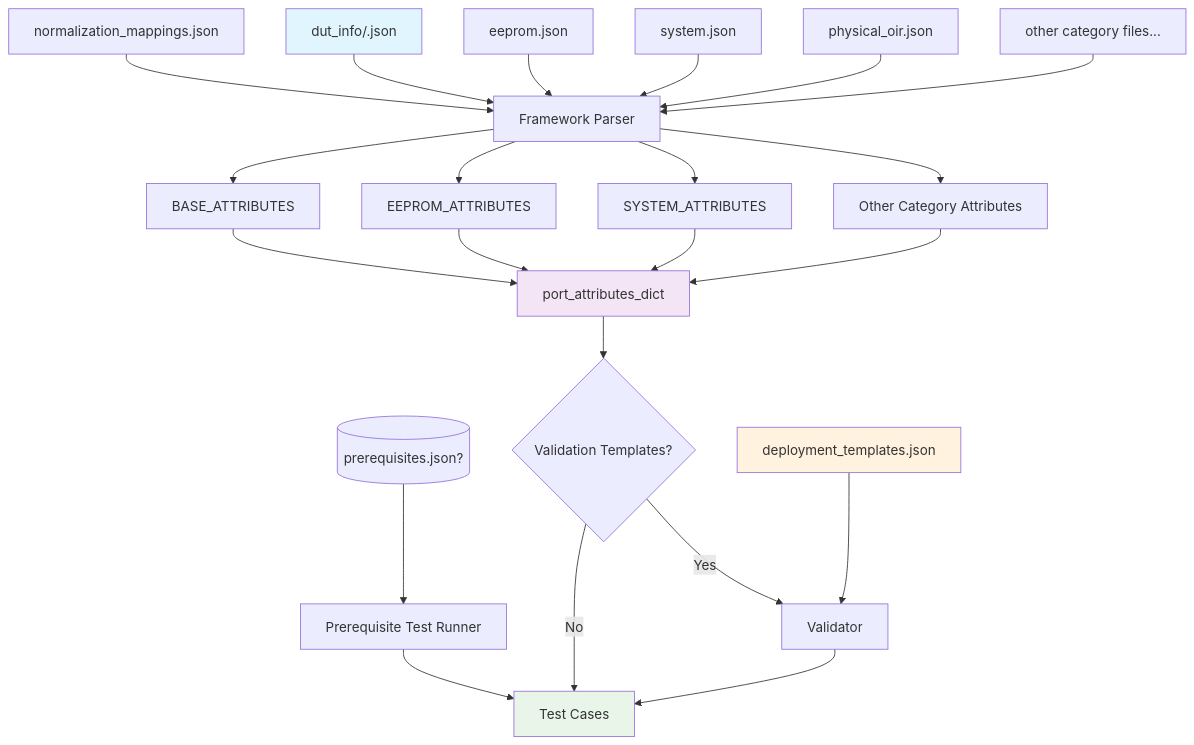
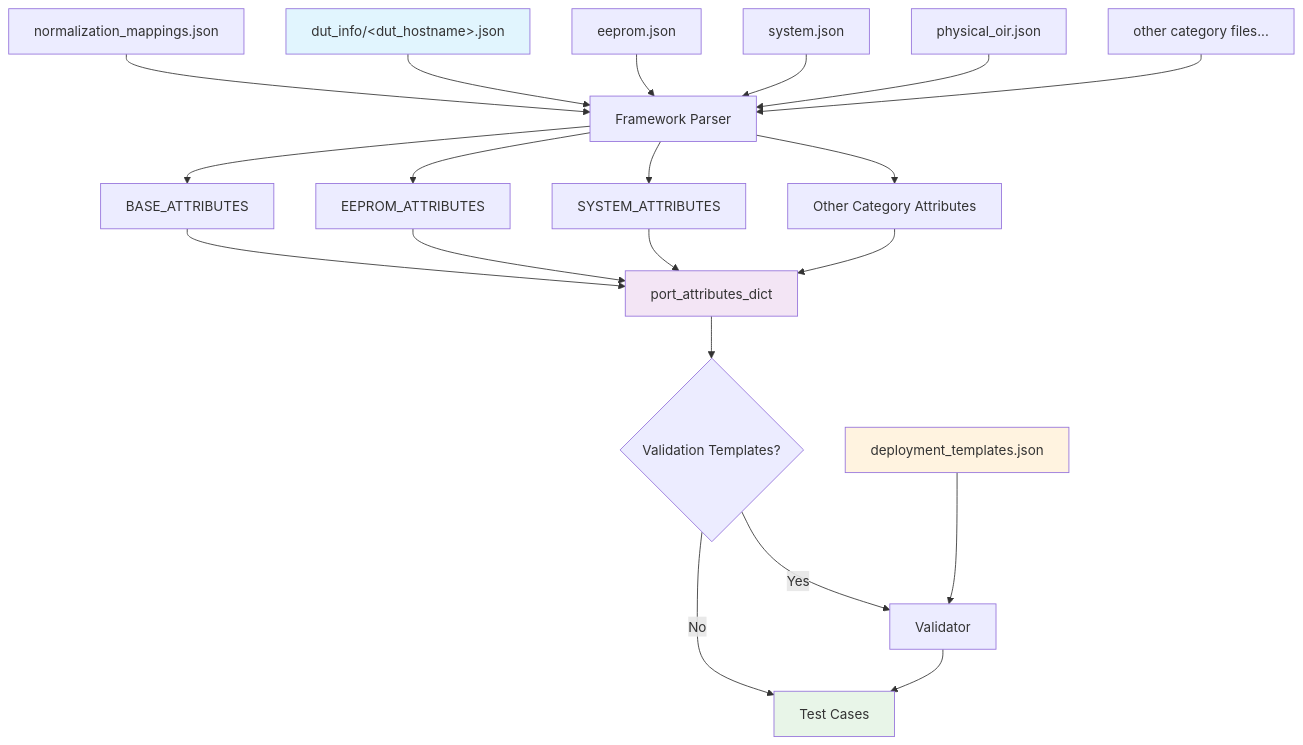
The diagram in docs/testplan/transceiver/diagrams/file_organization.md (zypgithub/sonic-mgmt), drawn with Mermaid before and after one commit. The commit also changed other lines of this file and 31 other files, not shown here.

````diff
--- a/docs/testplan/transceiver/diagrams/file_organization.md
+++ b/docs/testplan/transceiver/diagrams/file_organization.md
@@ -32,32 +31,30 @@
 ```mermaid
 graph TD
     NM[normalization_mappings.json] --> B[Framework Parser]
-    A[dut_info/<dut_hostname>.json] --> B
+    A["dut_info/&lt;dut_hostname&gt;.json"] --> B
     C[eeprom.json] --> B
     D[system.json] --> B
     E[physical_oir.json] --> B
     F[other category files...] --> B
-    P[(prerequisites.json?)] --> Z[Prerequisite Test Runner]
-    Z --> L[Test Cases]
-    
+
     B --> H[BASE_ATTRIBUTES]
     B --> I[EEPROM_ATTRIBUTES]
     B --> J[SYSTEM_ATTRIBUTES]
     B --> K[Other Category Attributes]
-    
+
     H --> G[port_attributes_dict]
     I --> G
     J --> G
     K --> G
-    
+
     G --> M{Validation Templates?}
     M -->|Yes| N[Validator]
     M -->|No| L[Test Cases]
     N --> L
     O[deployment_templates.json] --> N
-    
+
     style A fill:#e1f5fe
     style G fill:#f3e5f5
     style L fill:#e8f5e8
     style O fill:#fff3e0
 ```
````
